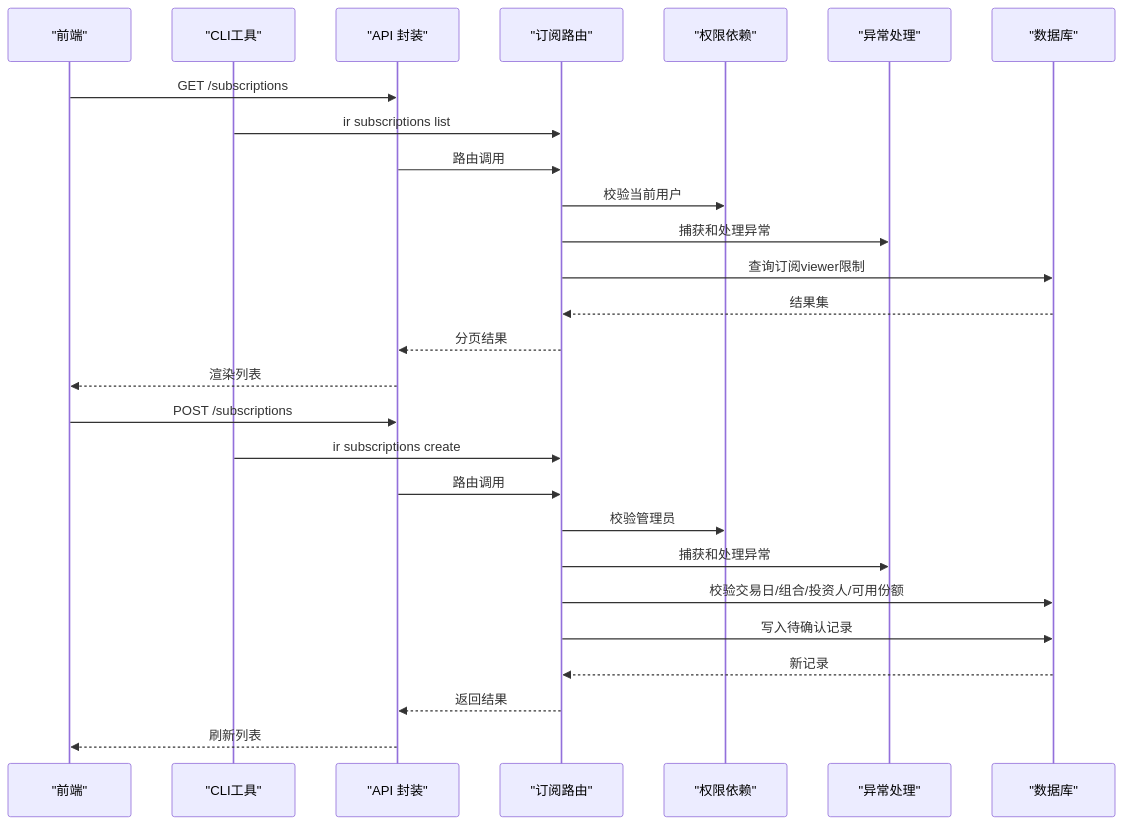
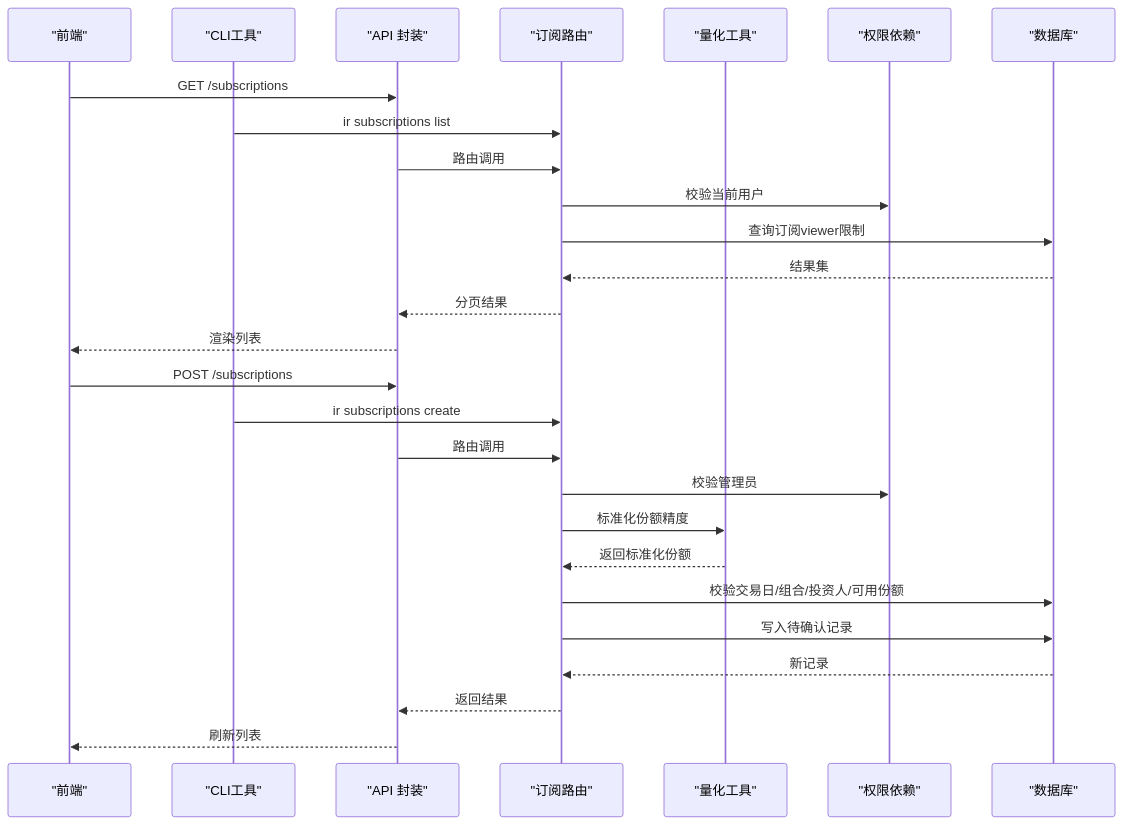
One commit to gujialind/InvestRing changed the fifth of 7 diagrams in .qoder/repowiki/zh/content/核心业务功能/订阅管理.md. Above: the diagram before and after it, drawn with Mermaid. The commit also changed other lines of this file and 19 other files, not shown here.

````diff
--- a/.qoder/repowiki/zh/content/核心业务功能/订阅管理.md
+++ b/.qoder/repowiki/zh/content/核心业务功能/订阅管理.md
@@ -312,29 +321,29 @@
 ```mermaid
 sequenceDiagram
 participant FE as "前端"
 participant CLI as "CLI工具"
 participant API as "API 封装"
 participant Router as "订阅路由"
+participant Utils as "量化工具"
 participant Auth as "权限依赖"
-participant Ex as "异常处理"
 participant DB as "数据库"
 FE->>API : GET /subscriptions
 CLI->>Router : ir subscriptions list
 API->>Router : 路由调用
 Router->>Auth : 校验当前用户
-Router->>Ex : 捕获和处理异常
 Router->>DB : 查询订阅viewer限制
 DB-->>Router : 结果集
 Router-->>API : 分页结果
 API-->>FE : 渲染列表
 FE->>API : POST /subscriptions
 CLI->>Router : ir subscriptions create
 API->>Router : 路由调用
 Router->>Auth : 校验管理员
-Router->>Ex : 捕获和处理异常
+Router->>Utils : 标准化份额精度
+Utils-->>Router : 返回标准化份额
 Router->>DB : 校验交易日/组合/投资人/可用份额
 Router->>DB : 写入待确认记录
 DB-->>Router : 新记录
 Router-->>API : 返回结果
 API-->>FE : 刷新列表
 ```
````
